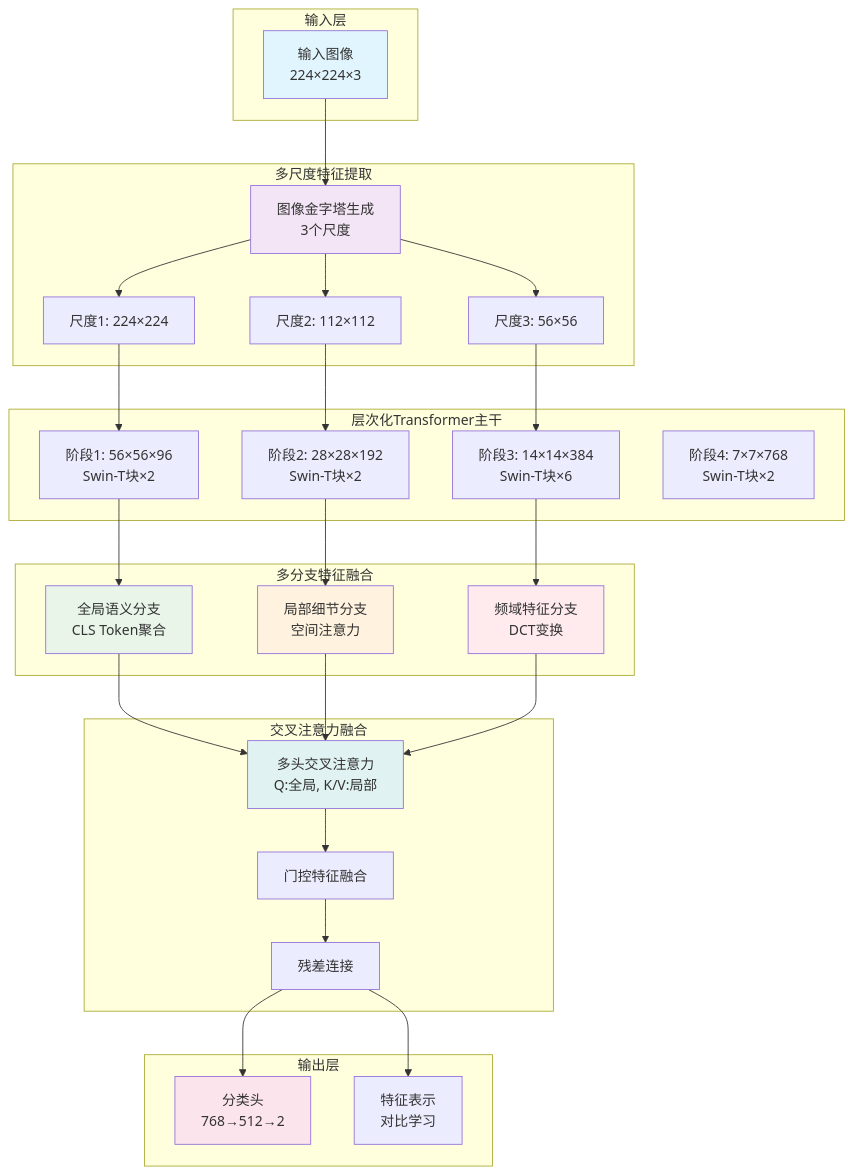
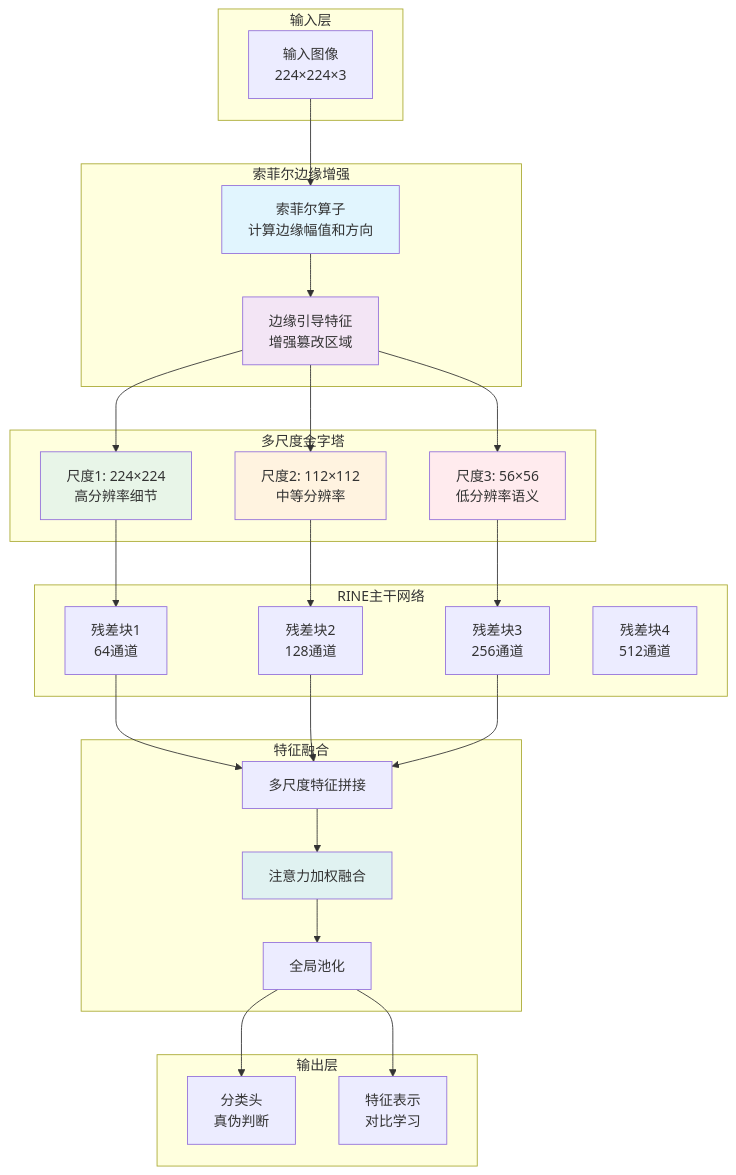
The diagram in CV_src_code/改进版RINEPlusSSCA.md (diego20050818/my-own-obsidian-note), drawn with Mermaid before and after one commit. The commit also changed other lines of this file and 19 other files, not shown here.

````diff
--- a/CV_src_code/改进版RINEPlusSSCA.md
+++ b/CV_src_code/改进版RINEPlusSSCA.md
@@ -13,63 +23,58 @@
 ```mermaid
 graph TB
     subgraph "输入层"
         A[输入图像<br/>224×224×3]
     end
     
-    subgraph "多尺度特征提取"
-        B[图像金字塔生成<br/>3个尺度]
-        C[尺度1: 224×224]
-        D[尺度2: 112×112]
-        E[尺度3: 56×56]
+    subgraph "索菲尔边缘增强"
+        B[索菲尔算子<br/>计算边缘幅值和方向]
+        C[边缘引导特征<br/>增强篡改区域]
     end
     
-    subgraph "层次化Transformer主干"
-        F[阶段1: 56×56×96<br/>Swin-T块×2]
-        G[阶段2: 28×28×192<br/>Swin-T块×2]
-        H[阶段3: 14×14×384<br/>Swin-T块×6]
-        I[阶段4: 7×7×768<br/>Swin-T块×2]
+    subgraph "多尺度金字塔"
+        D[尺度1: 224×224<br/>高分辨率细节]
+        E[尺度2: 112×112<br/>中等分辨率]
+        F[尺度3: 56×56<br/>低分辨率语义]
     end
     
-    subgraph "多分支特征融合"
-        J[全局语义分支<br/>CLS Token聚合]
-        K[局部细节分支<br/>空间注意力]
-        L[频域特征分支<br/>DCT变换]
+    subgraph "RINE主干网络"
+        G[残差块1<br/>64通道]
+        H[残差块2<br/>128通道]
+        I[残差块3<br/>256通道]
+        J[残差块4<br/>512通道]
     end
     
-    subgraph "交叉注意力融合"
-        M[多头交叉注意力<br/>Q:全局, K/V:局部]
-        N[门控特征融合]
-        O[残差连接]
+    subgraph "特征融合"
+        K[多尺度特征拼接]
+        L[注意力加权融合]
+        M[全局池化]
     end
     
     subgraph "输出层"
-        P[分类头<br/>768→512→2]
-        Q[特征表示<br/>对比学习]
+        N[分类头<br/>真伪判断]
+        O[特征表示<br/>对比学习]
     end
     
     A --> B
     B --> C
-    B --> D
-    B --> E
+    C --> D
+    C --> E
     C --> F
     D --> G
     E --> H
-    F --> J
+    F --> I
     G --> K
-    H --> L
-    J --> M
-    K --> M
+    H --> K
+    I --> K
+    K --> L
     L --> M
     M --> N
-    N --> O
-    O --> P
-    O --> Q
+    M --> O
     
-    style A fill:#e1f5fe
-    style B fill:#f3e5f5
-    style J fill:#e8f5e8
-    style K fill:#fff3e0
-    style L fill:#ffebee
-    style M fill:#e0f2f1
-    style P fill:#fce4ec
+    style B fill:#e1f5fe
+    style C fill:#f3e5f5
+    style D fill:#e8f5e8
+    style E fill:#fff3e0
+    style F fill:#ffebee
+    style L fill:#e0f2f1
 ```
````
